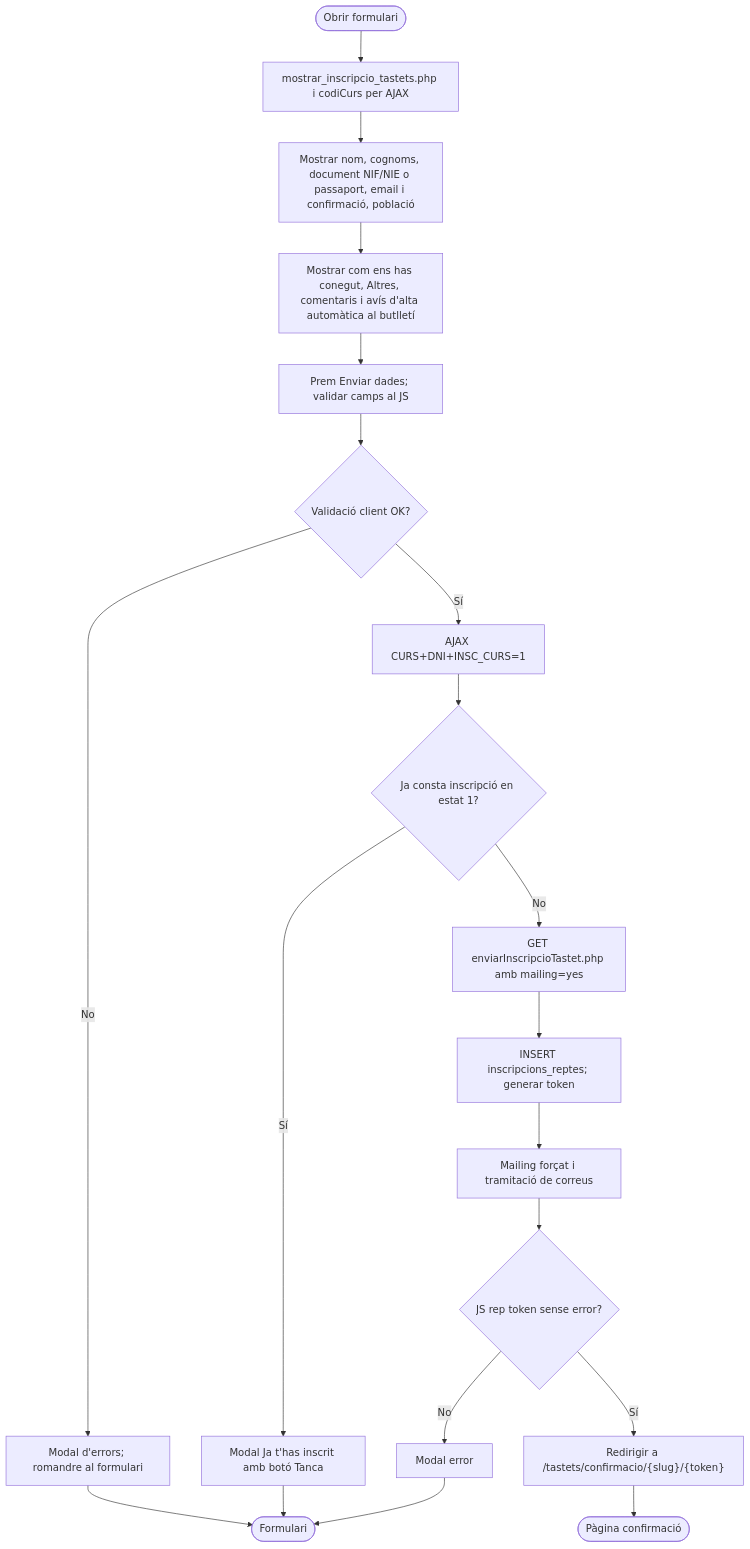
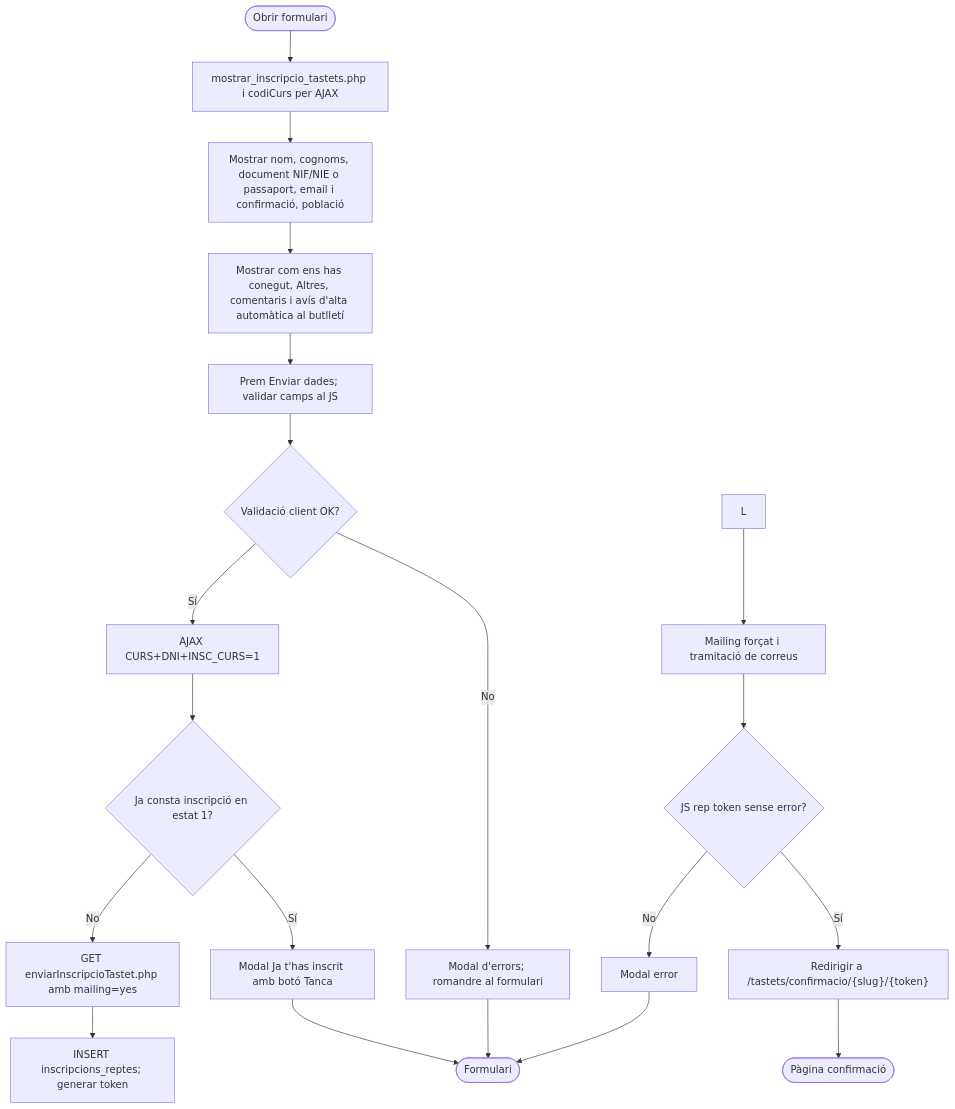
Before and after one commit to orgmeriemprismacat-del/verifactu: the fifth of 8 diagrams in documentacio/07-uml-integrat/uc-108-vistes-grafiques-activitats-pagines.md, drawn with Mermaid. The commit also changed other lines of this file and 17 other files, not shown here.

````diff
--- a/documentacio/07-uml-integrat/uc-108-vistes-grafiques-activitats-pagines.md
+++ b/documentacio/07-uml-integrat/uc-108-vistes-grafiques-activitats-pagines.md
@@ -86,22 +92,22 @@
 ```mermaid
 flowchart TD
   A([Obrir formulari]) --> B["mostrar_inscripcio_tastets.php i codiCurs per AJAX"]
   B --> C["Mostrar nom, cognoms, document NIF/NIE o passaport, email i confirmació, població"]
   C --> D["Mostrar com ens has conegut, Altres, comentaris i avís d'alta automàtica al butlletí"]
   D --> E["Prem Enviar dades; validar camps al JS"]
   E --> F{"Validació client OK?"}
   F -->|No| G["Modal d'errors; romandre al formulari"]
   F -->|Sí| H["AJAX CURS+DNI+INSC_CURS=1"]
   H --> I{"Ja consta inscripció en estat 1?"}
   I -->|Sí| J["Modal Ja t'has inscrit amb botó Tanca"]
   I -->|No| K["GET enviarInscripcioTastet.php amb mailing=yes"]
-  K --> L["INSERT inscripcions_reptes; generar token"]
+  K --> IE["INSERT inscripcions_reptes; generar token"]
   L --> M["Mailing forçat i tramitació de correus"]
   M --> N{"JS rep token sense error?"}
   N -->|Sí| O["Redirigir a /tastets/confirmacio/{slug}/{token}"]
   N -->|No| P["Modal error"]
   O --> Q([Pàgina confirmació])
   G --> R([Formulari])
   J --> R
   P --> R
 ```
````
